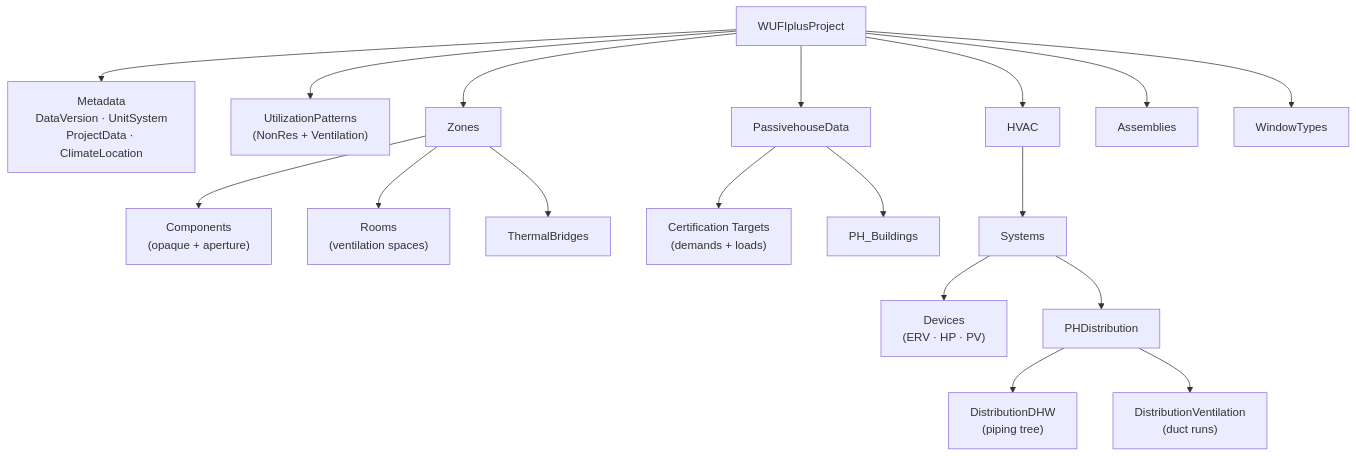
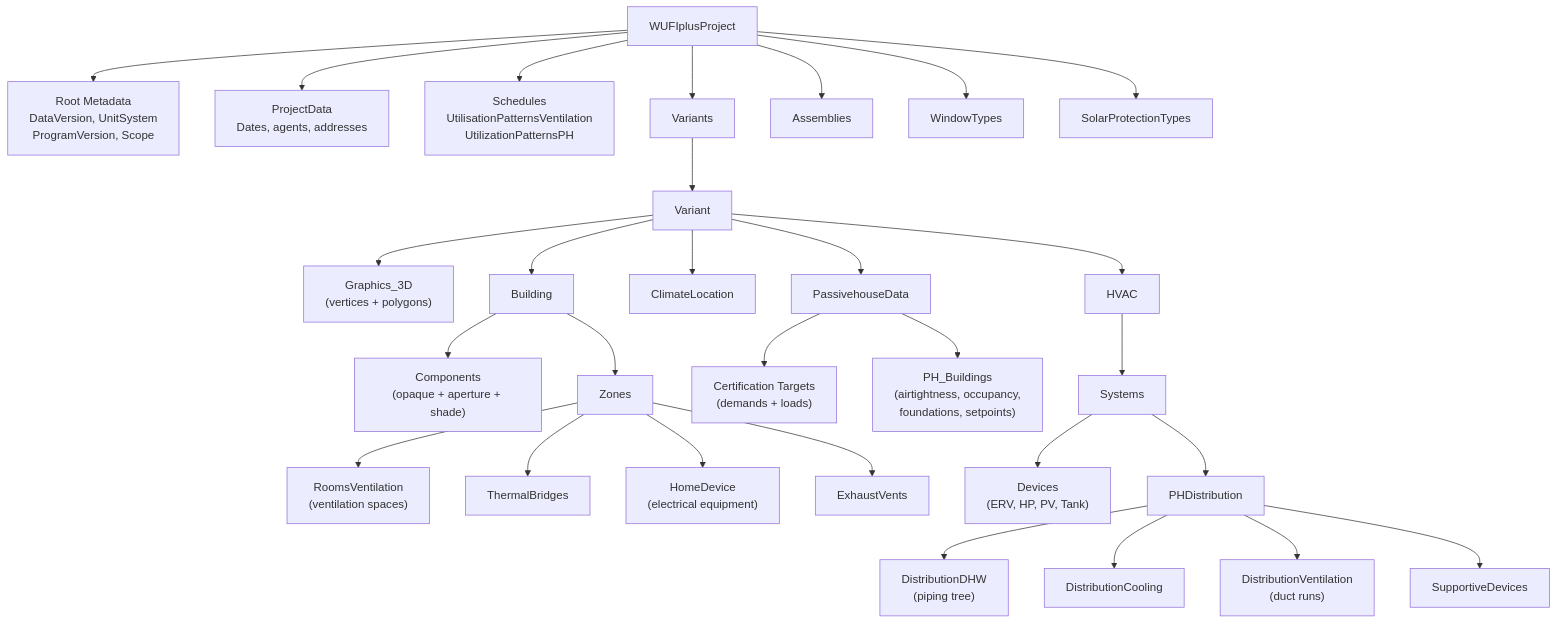
Before and after one commit to PH-Tools/PHX: the diagram in docs/reference/wufi-xml-schema.md, drawn with Mermaid. The commit also changed other lines of this file and 5 other files, not shown here.

````diff
--- a/docs/reference/wufi-xml-schema.md
+++ b/docs/reference/wufi-xml-schema.md
@@ -62,24 +31,37 @@
 ```mermaid
 graph TD
     ROOT["WUFIplusProject"]
-    ROOT --> META["Metadata\nDataVersion · UnitSystem\nProjectData · ClimateLocation"]
-    ROOT --> SCHED["UtilizationPatterns\n(NonRes + Ventilation)"]
-    ROOT --> Z["Zones"]
-    ROOT --> PHD["PassivehouseData"]
-    ROOT --> HVAC["HVAC"]
+    ROOT --> META["Root Metadata\nDataVersion, UnitSystem\nProgramVersion, Scope"]
+    ROOT --> PD["ProjectData\nDates, agents, addresses"]
+    ROOT --> SCHED["Schedules\nUtilisationPatternsVentilation\nUtilizationPatternsPH"]
+    ROOT --> VAR["Variants"]
     ROOT --> ASM["Assemblies"]
     ROOT --> WT["WindowTypes"]
+    ROOT --> SPT["SolarProtectionTypes"]
 
-    Z --> COMP["Components\n(opaque + aperture)"]
-    Z --> RM["Rooms\n(ventilation spaces)"]
+    VAR --> V["Variant"]
+    V --> G3D["Graphics_3D\n(vertices + polygons)"]
+    V --> BLDG["Building"]
+    V --> CLIM["ClimateLocation"]
+    V --> PHD["PassivehouseData"]
+    V --> HVAC["HVAC"]
+
+    BLDG --> COMP["Components\n(opaque + aperture + shade)"]
+    BLDG --> Z["Zones"]
+
+    Z --> RM["RoomsVentilation\n(ventilation spaces)"]
     Z --> TB["ThermalBridges"]
+    Z --> HD["HomeDevice\n(electrical equipment)"]
+    Z --> EV["ExhaustVents"]
 
     PHD --> CERT["Certification Targets\n(demands + loads)"]
-    PHD --> PHB["PH_Buildings"]
+    PHD --> PHB["PH_Buildings\n(airtightness, occupancy,\nfoundations, setpoints)"]
 
     HVAC --> SYS["Systems"]
-    SYS --> DEV["Devices\n(ERV · HP · PV)"]
+    SYS --> DEV["Devices\n(ERV, HP, PV, Tank)"]
     SYS --> DIST["PHDistribution"]
     DIST --> DHW["DistributionDHW\n(piping tree)"]
+    DIST --> CLG["DistributionCooling"]
     DIST --> DUCTS["DistributionVentilation\n(duct runs)"]
+    DIST --> SUP["SupportiveDevices"]
 ```
````
